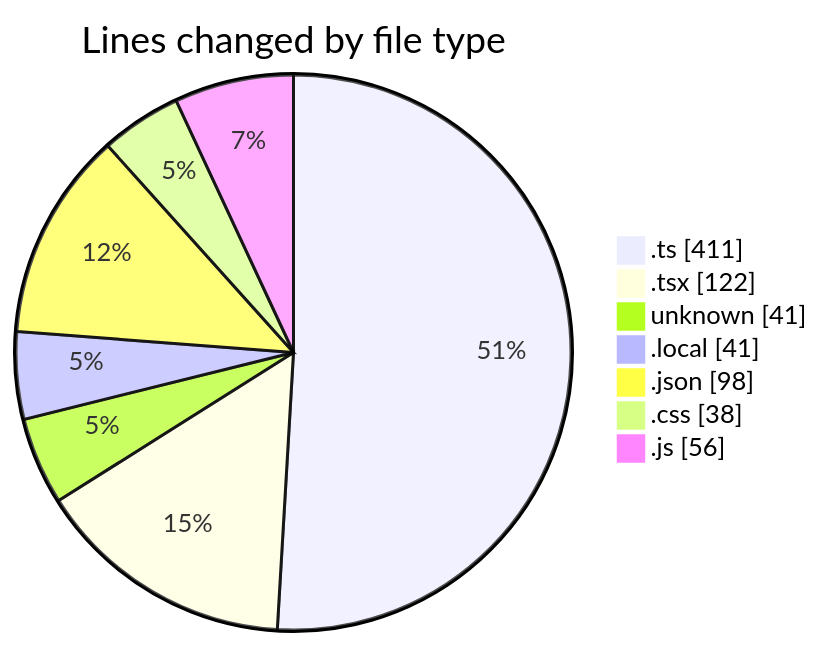
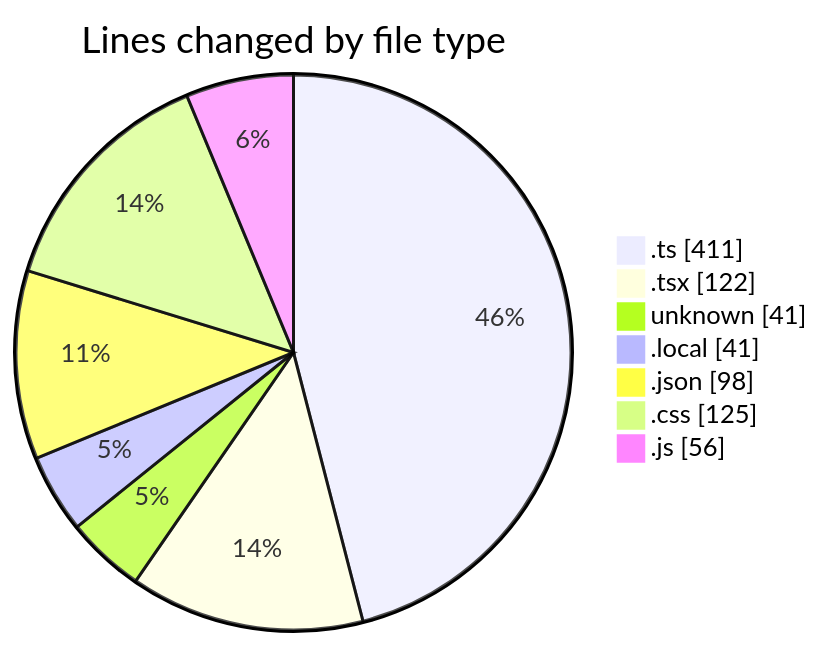
Before and after one commit to momahboobian/code-tracking: the first of 2 diagrams in 2026-02-26/car_database/README.md, drawn with Mermaid. The commit also changed other lines of this file and 1 other file, not shown here.

````diff
--- a/2026-02-26/car_database/README.md
+++ b/2026-02-26/car_database/README.md
@@ -41,11 +42,11 @@
 ```mermaid
 pie showData
 title Lines changed by file type
 ".ts" : 411
 ".tsx" : 122
 "unknown" : 41
 ".local" : 41
 ".json" : 98
-".css" : 38
+".css" : 125
 ".js" : 56
 ```
````
